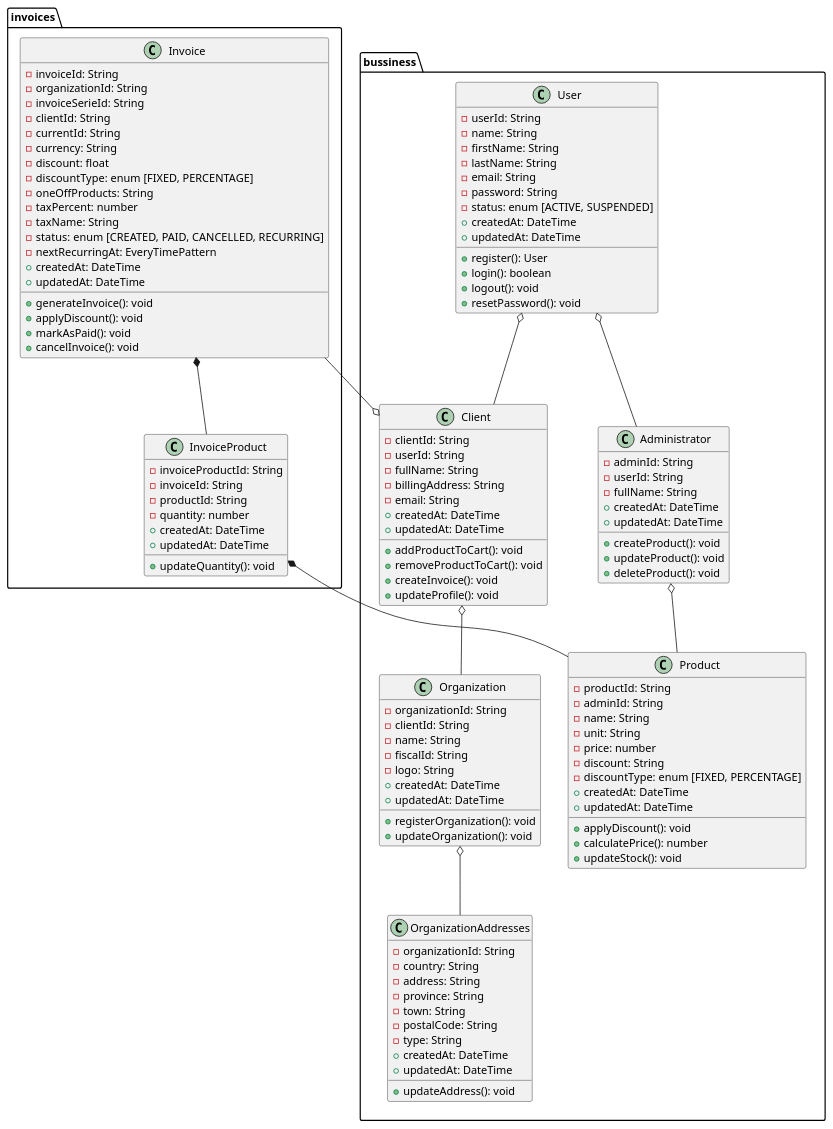
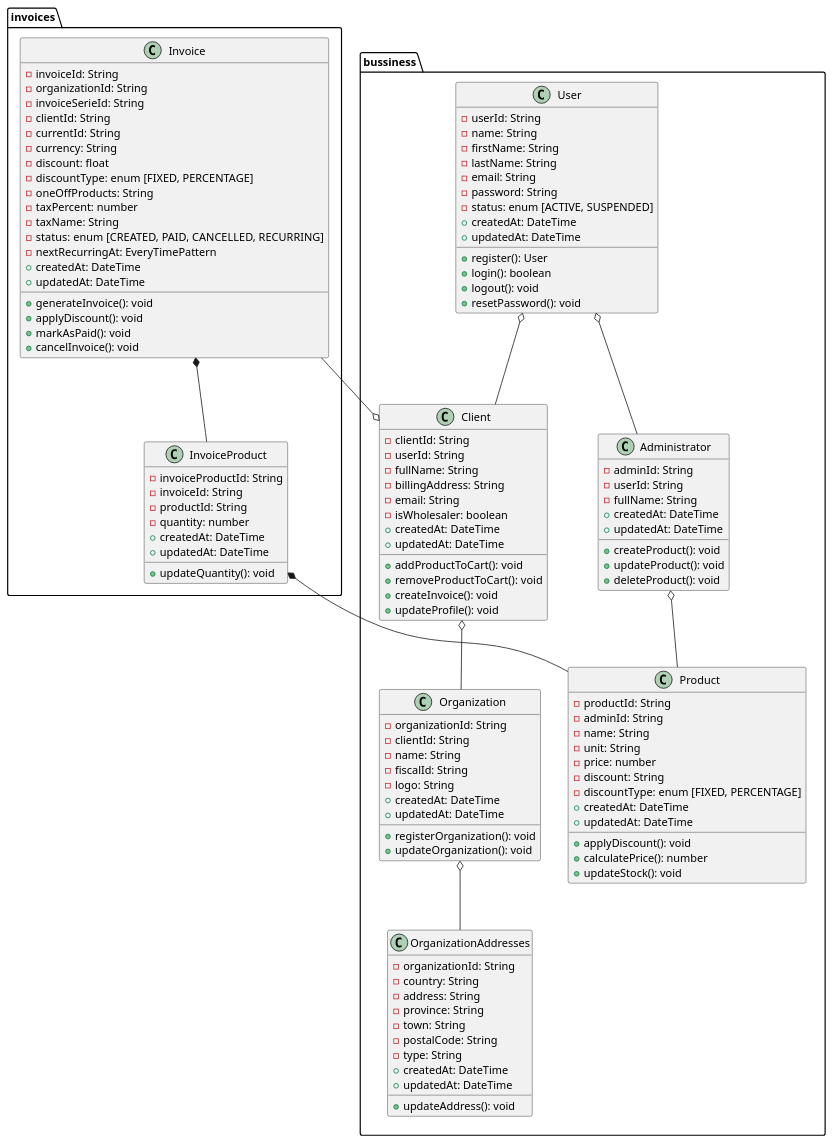
The diagram in docs/class-diagram.puml (DanielGonzlez/TFG), drawn with PlantUML before and after one commit. The commit also changed 1 other file, not shown here.

```diff
--- a/docs/class-diagram.puml
+++ b/docs/class-diagram.puml
@@ -1,146 +1,147 @@
 @startuml
 
 ' Dirección vertical (de arriba a abajo)
 top to bottom direction
 
 skinparam entityPadding 20
 skinparam entityFontSize 14
 
 
 ' Paquete bussiness
 package bussiness {
     together {
         class Administrator {
             - adminId: String
             - userId: String
             - fullName: String
             + createdAt: DateTime
             + updatedAt: DateTime
             + createProduct(): void
             + updateProduct(): void
             + deleteProduct(): void
         }
 
         class Product {
             - productId: String
             - adminId: String
             - name: String
             - unit: String
             - price: number
             - discount: String
             - discountType: enum [FIXED, PERCENTAGE]
             + createdAt: DateTime
             + updatedAt: DateTime
             + applyDiscount(): void
             + calculatePrice(): number
             + updateStock(): void
         }
     }
     
     class User {
         - userId: String
         - name: String
         - firstName: String
         - lastName: String
         - email: String
         - password: String
         - status: enum [ACTIVE, SUSPENDED]
         + createdAt: DateTime
         + updatedAt: DateTime
         + register(): User
         + login(): boolean
         + logout(): void
         + resetPassword(): void
     }
     together {
         class OrganizationAddresses {
             - organizationId: String
             - country: String
             - address: String
             - province: String
             - town: String
             - postalCode: String
             - type: String
             + createdAt: DateTime
             + updatedAt: DateTime
             + updateAddress(): void
         }
 
         class Organization {
             - organizationId: String
             - clientId: String
             - name: String
             - fiscalId: String
             - logo: String
             + createdAt: DateTime
             + updatedAt: DateTime
             + registerOrganization(): void
             + updateOrganization(): void
         }
 
         class Client {
             - clientId: String
             - userId: String
             - fullName: String
             - billingAddress: String
             - email: String
+            - isWholesaler: boolean
             + createdAt: DateTime
             + updatedAt: DateTime
             + addProductToCart(): void
             + removeProductToCart(): void
             + createInvoice(): void
             + updateProfile(): void
         }
     }
 }
 
 ' Paquete invoices
 package invoices {
 
     class InvoiceProduct {
         - invoiceProductId: String
         - invoiceId: String
         - productId: String
         - quantity: number
         + createdAt: DateTime
         + updatedAt: DateTime
         + updateQuantity(): void
     }
 
     class Invoice {
         - invoiceId: String
         - organizationId: String
         - invoiceSerieId: String
         - clientId: String
         - currentId: String
         - currency: String
         - discount: float
         - discountType: enum [FIXED, PERCENTAGE]
         - oneOffProducts: String
         - taxPercent: number
         - taxName: String
         - status: enum [CREATED, PAID, CANCELLED, RECURRING]
         - nextRecurringAt: EveryTimePattern
         + createdAt: DateTime
         + updatedAt: DateTime
         + generateInvoice(): void
         + applyDiscount(): void
         + markAsPaid(): void
         + cancelInvoice(): void
     }
 }
 
 ' Relaciones
 User o-- Client
 User o-- Administrator
 Administrator o-- Product
 
 Client o-- Organization
 Client o-l- Invoice
 
 Organization o-- OrganizationAddresses
 
 Invoice *-- InvoiceProduct
 InvoiceProduct *-- Product 
 
 @enduml
```
